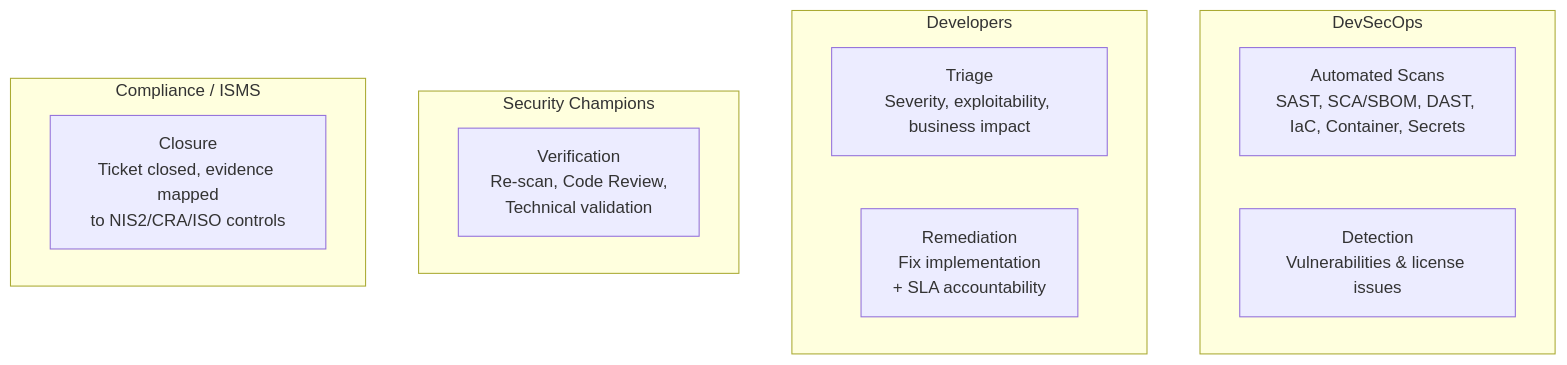
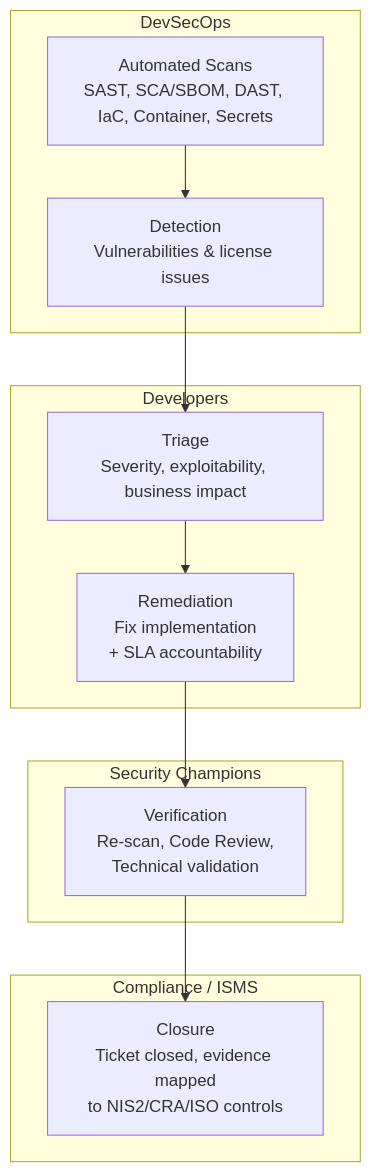
One commit to Mynkskhr/Mapping changed the second of 2 diagrams in inDev.md. Above: the diagram before and after it, drawn with Mermaid.

````diff
--- a/inDev.md
+++ b/inDev.md
@@ -20,24 +20,27 @@
 ```mermaid
 
 flowchart TB
 
     %% Lanes
     subgraph DevSecOps[DevSecOps]
         A[Automated Scans<br>SAST, SCA/SBOM, DAST, IaC, Container, Secrets]
         B[Detection<br>Vulnerabilities & license issues]
     end
 
     subgraph Developers[Developers]
         C[Triage<br>Severity, exploitability, business impact]
         D[Remediation<br>Fix implementation<br>+ SLA accountability]
     end
 
     subgraph SecurityChampions[Security Champions]
         E[Verification<br>Re-scan, Code Review,<br>Technical validation]
     end
 
     subgraph Compliance[Compliance / ISMS]
         F[Closure<br>Ticket closed, evidence mapped<br>to NIS2/CRA/ISO controls]
     end
 
+    %% Flows
+    A --> B --> C --> D --> E --> F
+
 ```
````
